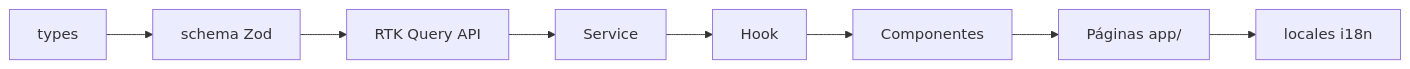
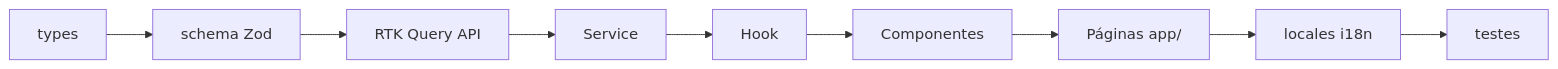
The diagram in docs/feature-module-guide.md (matheusfer0902/batente-frontend), drawn with Mermaid before and after one commit. The commit also changed other lines of this file and 50 other files, not shown here.

````diff
--- a/docs/feature-module-guide.md
+++ b/docs/feature-module-guide.md
@@ -9,10 +9,11 @@
 ```mermaid
 flowchart LR
     A[types] --> B[schema Zod]
     B --> C[RTK Query API]
     C --> D[Service]
     D --> E[Hook]
     E --> F[Componentes]
     F --> G[Páginas app/]
     G --> H[locales i18n]
+    H --> I[testes]
 ```
````
